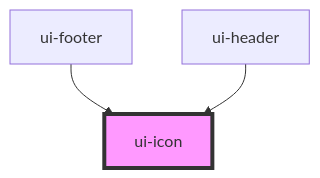
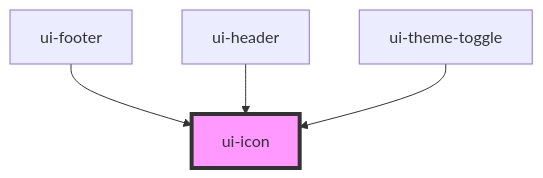
One commit to ElSimpatico/personal-site changed the diagram in packages/ui-kit/src/components/atoms/icon/readme.md. Above: the diagram before and after it, drawn with Mermaid. The commit also changed other lines of this file and 4 other files, not shown here.

Commit message:
refactor(ui-kit): theme toggle in header

````diff
--- a/packages/ui-kit/src/components/atoms/icon/readme.md
+++ b/packages/ui-kit/src/components/atoms/icon/readme.md
@@ -23,6 +24,7 @@
 ```mermaid
 graph TD;
   ui-footer --> ui-icon
   ui-header --> ui-icon
+  ui-theme-toggle --> ui-icon
   style ui-icon fill:#f9f,stroke:#333,stroke-width:4px
 ```
````
